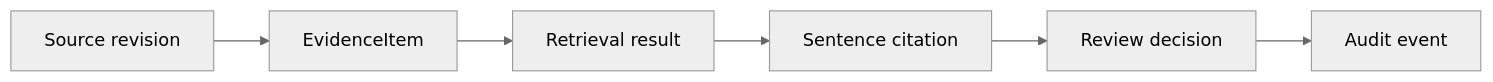
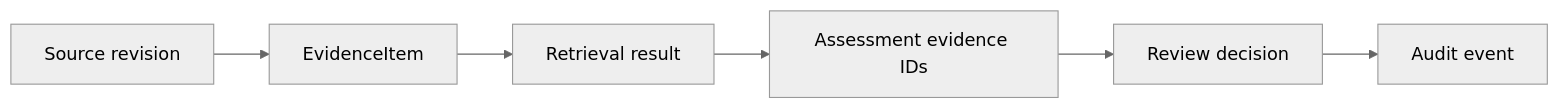
One commit to moisestech/agentic-evidence-pipeline changed the fifth of 6 diagrams in docs/ARCHITECTURE.md. Above: the diagram before and after it, drawn with Mermaid (neutral theme). The commit also changed other lines of this file and 9 other files, not shown here.

````diff
--- a/docs/ARCHITECTURE.md
+++ b/docs/ARCHITECTURE.md
@@ -69,8 +83,8 @@
 ```mermaid
 flowchart LR
     S["Source revision"] --> E["EvidenceItem"]
     E --> R["Retrieval result"]
-    R --> C["Sentence citation"]
+    R --> C["Assessment evidence IDs"]
     C --> D["Review decision"]
     D --> A["Audit event"]
 ```
````
